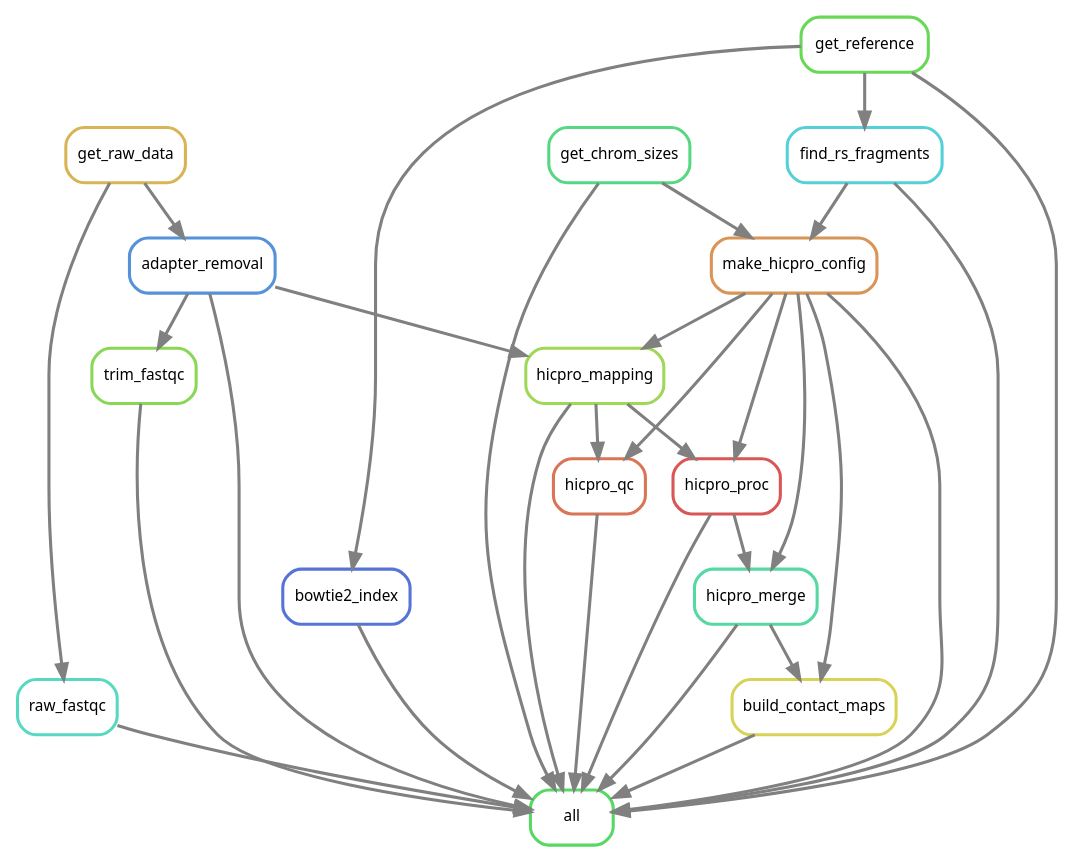
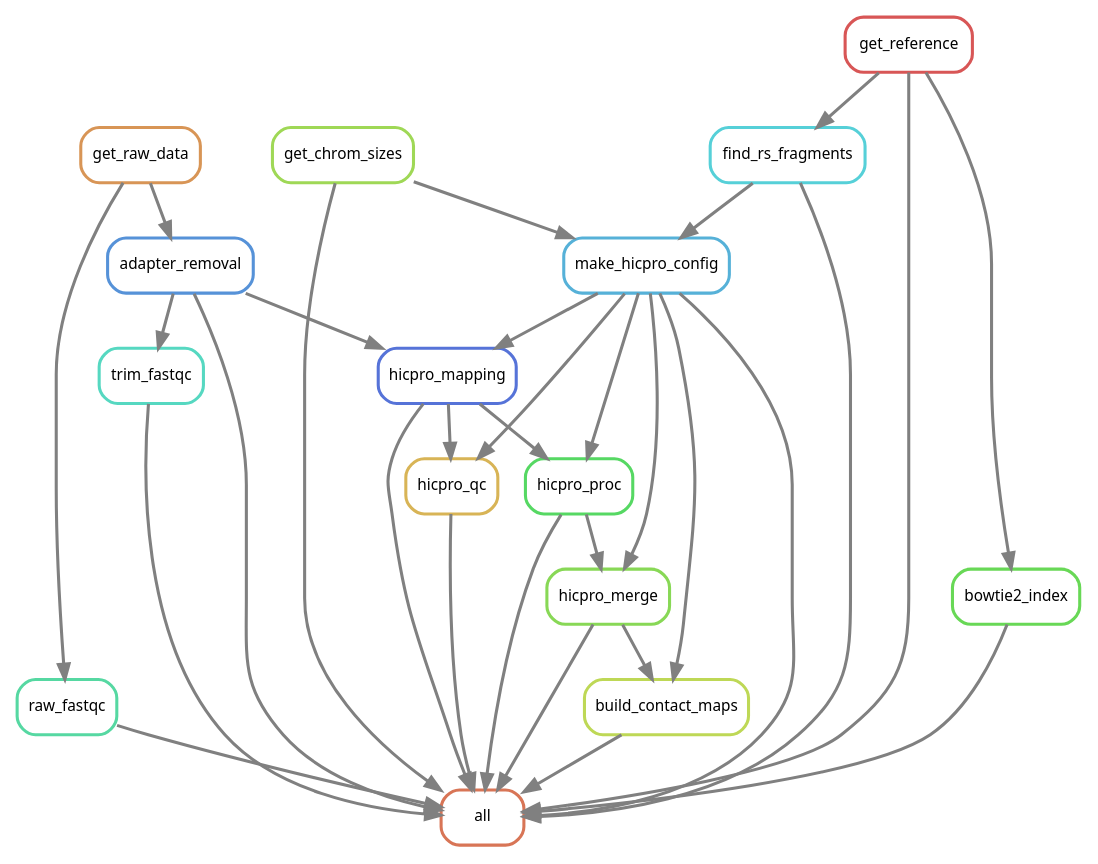
Before and after one commit to DRMCRL/ENCODE_T47D_HiC_ENCSR549MGQ: the diagram in output/rulegraph.dot, drawn with Graphviz. The commit also changed 1 other file, not shown here.

```diff
--- a/output/rulegraph.dot
+++ b/output/rulegraph.dot
@@ -1,50 +1,50 @@
 digraph snakemake_dag {
     graph[bgcolor=white, margin=0];
     node[shape=box, style=rounded, fontname=sans,                 fontsize=10, penwidth=2];
     edge[penwidth=2, color=grey];
-	0[label = "all", color = "0.35 0.6 0.85", style="rounded"];
-	1[label = "raw_fastqc", color = "0.47 0.6 0.85", style="rounded"];
-	2[label = "hicpro_proc", color = "0.00 0.6 0.85", style="rounded"];
-	3[label = "trim_fastqc", color = "0.27 0.6 0.85", style="rounded"];
-	4[label = "bowtie2_index", color = "0.63 0.6 0.85", style="rounded"];
-	5[label = "hicpro_mapping", color = "0.24 0.6 0.85", style="rounded"];
-	6[label = "build_contact_maps", color = "0.16 0.6 0.85", style="rounded"];
-	7[label = "hicpro_qc", color = "0.04 0.6 0.85", style="rounded"];
-	8[label = "adapter_removal", color = "0.59 0.6 0.85", style="rounded"];
-	9[label = "get_chrom_sizes", color = "0.39 0.6 0.85", style="rounded"];
-	10[label = "make_hicpro_config", color = "0.08 0.6 0.85", style="rounded"];
-	11[label = "find_rs_fragments", color = "0.51 0.6 0.85", style="rounded"];
-	12[label = "hicpro_merge", color = "0.43 0.6 0.85", style="rounded"];
-	13[label = "get_reference", color = "0.31 0.6 0.85", style="rounded"];
-	14[label = "get_raw_data", color = "0.12 0.6 0.85", style="rounded"];
+	0[label = "all", color = "0.04 0.6 0.85", style="rounded"];
+	1[label = "get_chrom_sizes", color = "0.24 0.6 0.85", style="rounded"];
+	2[label = "raw_fastqc", color = "0.43 0.6 0.85", style="rounded"];
+	3[label = "build_contact_maps", color = "0.20 0.6 0.85", style="rounded"];
+	4[label = "hicpro_mapping", color = "0.63 0.6 0.85", style="rounded"];
+	5[label = "trim_fastqc", color = "0.47 0.6 0.85", style="rounded"];
+	6[label = "adapter_removal", color = "0.59 0.6 0.85", style="rounded"];
+	7[label = "hicpro_proc", color = "0.35 0.6 0.85", style="rounded"];
+	8[label = "bowtie2_index", color = "0.31 0.6 0.85", style="rounded"];
+	9[label = "get_reference", color = "0.00 0.6 0.85", style="rounded"];
+	10[label = "find_rs_fragments", color = "0.51 0.6 0.85", style="rounded"];
+	11[label = "hicpro_qc", color = "0.12 0.6 0.85", style="rounded"];
+	12[label = "hicpro_merge", color = "0.27 0.6 0.85", style="rounded"];
+	13[label = "make_hicpro_config", color = "0.55 0.6 0.85", style="rounded"];
+	14[label = "get_raw_data", color = "0.08 0.6 0.85", style="rounded"];
+	9 -> 0
+	11 -> 0
+	3 -> 0
+	1 -> 0
+	12 -> 0
+	8 -> 0
+	7 -> 0
+	5 -> 0
 	2 -> 0
+	10 -> 0
+	13 -> 0
 	6 -> 0
-	7 -> 0
-	10 -> 0
-	5 -> 0
-	3 -> 0
-	13 -> 0
-	9 -> 0
-	12 -> 0
-	1 -> 0
-	11 -> 0
-	8 -> 0
 	4 -> 0
-	14 -> 1
-	5 -> 2
-	10 -> 2
-	8 -> 3
+	14 -> 2
+	12 -> 3
+	13 -> 3
+	6 -> 4
 	13 -> 4
-	10 -> 5
-	8 -> 5
-	12 -> 6
-	10 -> 6
-	5 -> 7
-	10 -> 7
-	14 -> 8
-	11 -> 10
+	6 -> 5
+	14 -> 6
+	13 -> 7
+	4 -> 7
+	9 -> 8
 	9 -> 10
 	13 -> 11
-	2 -> 12
-	10 -> 12
+	4 -> 11
+	7 -> 12
+	13 -> 12
+	1 -> 13
+	10 -> 13
 }            
```
